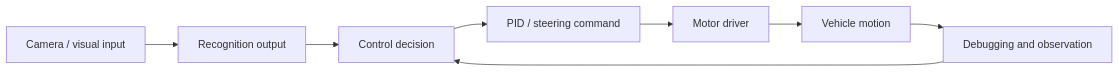
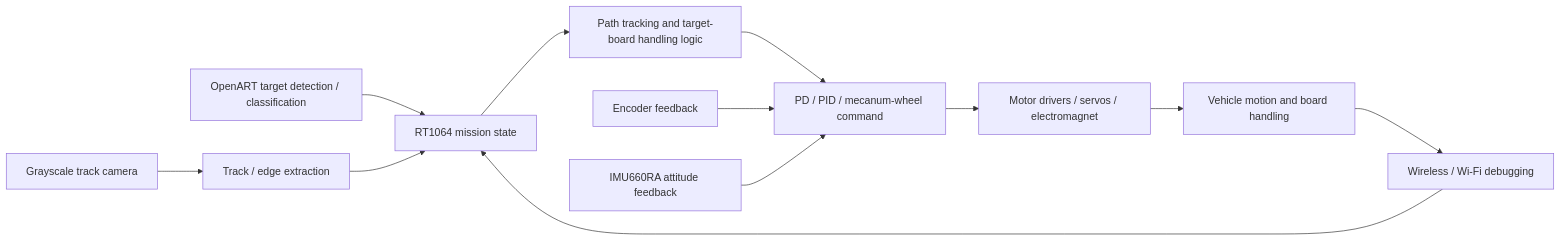
Before and after one commit to TianBingzhuo/smart-car-embedded-vision-system: the first of 2 diagrams in docs/system-architecture.md, drawn with Mermaid. The commit also changed other lines of this file and 8 other files, not shown here.

````diff
--- a/docs/system-architecture.md
+++ b/docs/system-architecture.md
@@ -3,10 +3,14 @@
 ```mermaid
 flowchart LR
-  A["Camera / visual input"] --> B["Recognition output"]
-  B --> C["Control decision"]
-  C --> D["PID / steering command"]
-  D --> E["Motor driver"]
-  E --> F["Vehicle motion"]
-  F --> G["Debugging and observation"]
-  G --> C
+  A["Grayscale track camera"] --> B["Track / edge extraction"]
+  C["OpenART target detection / classification"] --> D["RT1064 mission state"]
+  B --> D
+  D --> E["Path tracking and target-board handling logic"]
+  E --> F["PD / PID / mecanum-wheel command"]
+  G["Encoder feedback"] --> F
+  H["IMU660RA attitude feedback"] --> F
+  F --> I["Motor drivers / servos / electromagnet"]
+  I --> J["Vehicle motion and board handling"]
+  K["Wireless / Wi-Fi debugging"] --> D
+  J --> K
 ```
````
